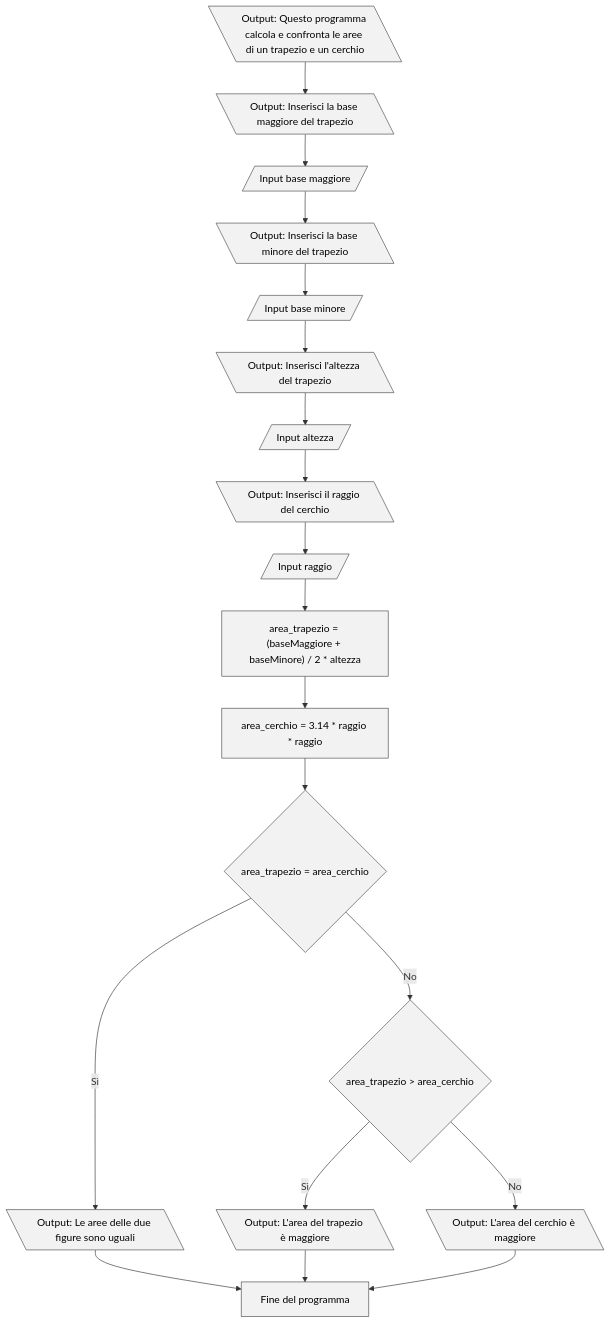
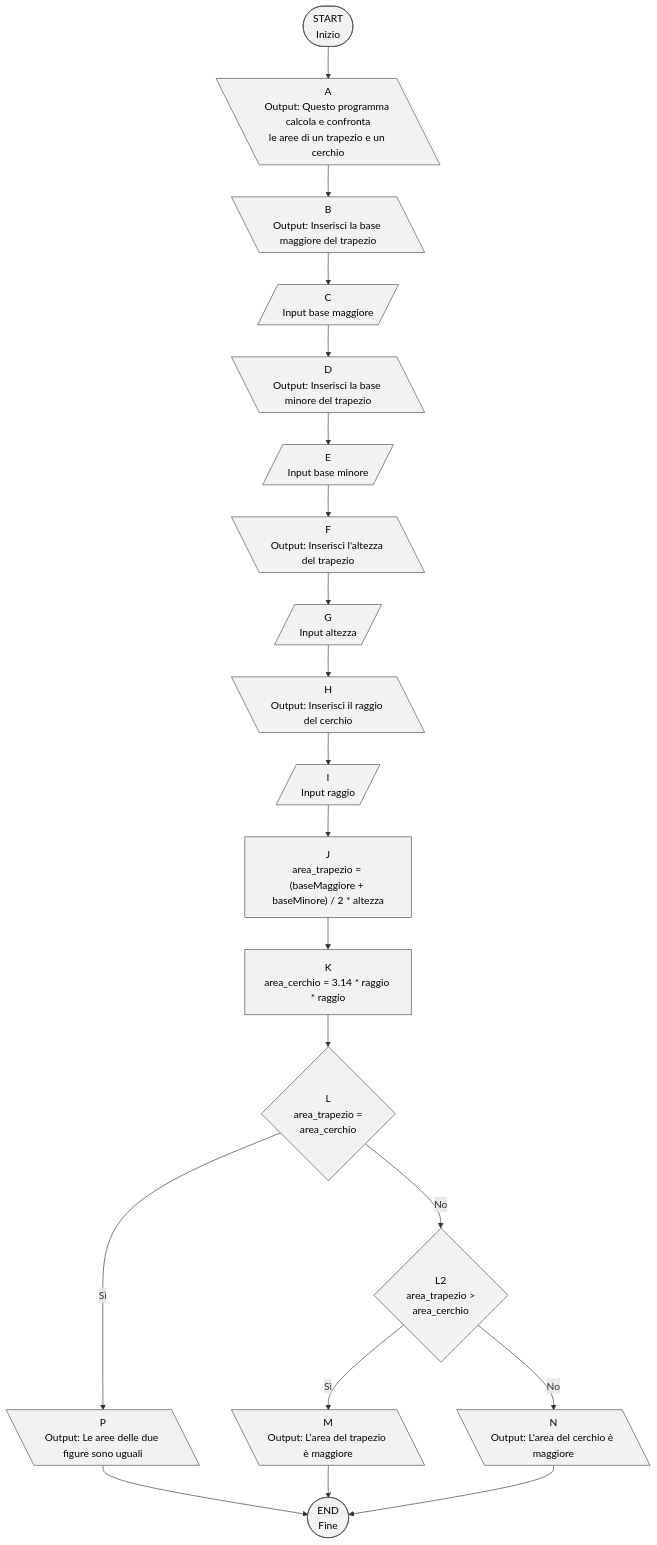
The ninth of 10 diagrams in docs/algocoding/01_flowgorithm.md (Federob/infohandouts), drawn with Mermaid before and after one commit. The commit also changed other lines of this file and 1 other file, not shown here.

````diff
--- a/docs/algocoding/01_flowgorithm.md
+++ b/docs/algocoding/01_flowgorithm.md
@@ -383,34 +409,39 @@
 ```mermaid
 flowchart TD
 
     classDef startend fill:#F2F2F2,stroke:#4A4A4A,stroke-width:1,color:#000
     classDef input fill:#F2F2F2,stroke:#4A4A4A,stroke-width:1,color:#000
     classDef output fill:#F2F2F2,stroke:#4A4A4A,stroke-width:1,color:#000
     classDef assign fill:#F2F2F2,stroke:#4A4A4A,stroke-width:1,color:#000
     classDef decision fill:#F2F2F2,stroke:#4A4A4A,stroke-width:1,color:#000
 
-    A[\"Output: Questo programma calcola e confronta le aree di un trapezio e un cerchio"\]:::output --> 
-    B[\"Output: Inserisci la base maggiore del trapezio"\]:::output --> C[/Input base maggiore/]:::input
+    START(["START<br/>Inizio"]):::startend -->
+    A[\"A<br/>Output: Questo programma calcola e confronta<br/>le aree di un trapezio e un cerchio"\]:::output -->
+    B[\"B<br/>Output: Inserisci la base maggiore del trapezio"\]:::output -->
+    C[/"C<br/>Input base maggiore"/]:::input
 
-    C --> D[\"Output: Inserisci la base minore del trapezio"\]:::output --> E[/Input base minore/]:::input
+    C --> D[\"D<br/>Output: Inserisci la base minore del trapezio"\]:::output -->
+    E[/"E<br/>Input base minore"/]:::input
 
-    E --> F[\"Output: Inserisci l'altezza del trapezio"\]:::output --> G[/Input altezza/]:::input
+    E --> F[\"F<br/>Output: Inserisci l'altezza del trapezio"\]:::output -->
+    G[/"G<br/>Input altezza"/]:::input
 
-    G --> H[\"Output: Inserisci il raggio del cerchio"\]:::output --> I[/Input raggio/]:::input
+    G --> H[\"H<br/>Output: Inserisci il raggio del cerchio"\]:::output -->
+    I[/"I<br/>Input raggio"/]:::input
 
-    I --> J["area_trapezio = (baseMaggiore + baseMinore) / 2 * altezza"]:::assign
-    J --> K["area_cerchio = 3.14 * raggio * raggio"]:::assign
+    I --> J["J<br/>area_trapezio = <br/>(baseMaggiore + baseMinore) / 2 * altezza"]:::assign
+    J --> K["K<br/>area_cerchio = 3.14 * raggio * raggio"]:::assign
 
-    K --> L{"area_trapezio = area_cerchio"}:::decision
+    K --> L{"L<br/>area_trapezio =<br/>area_cerchio"}:::decision
 
-    L -->|Sì| P[\"Output: Le aree delle due figure sono uguali"\]:::output
+    L -->|Sì| P[\"P<br/>Output: Le aree delle due figure sono uguali"\]:::output
 
-    L -->|No| L2{"area_trapezio > area_cerchio"}:::decision
+    L -->|No| L2{"L2<br/>area_trapezio ><br/>area_cerchio"}:::decision
 
-    L2 -->|Sì| M[\"Output: L'area del trapezio è maggiore"\]:::output
-    L2 -->|No| N[\"Output: L'area del cerchio è maggiore"\]:::output
+    L2 -->|Sì| M[\"M<br/>Output: L'area del trapezio è maggiore"\]:::output
+    L2 -->|No| N[\"N<br/>Output: L'area del cerchio è maggiore"\]:::output
 
-    P --> O["Fine del programma"]:::startend
-    M --> O["Fine del programma"]:::startend
-    N --> O["Fine del programma"]:::startend
+    P --> END(["END<br/>Fine"]):::startend
+    M --> END
+    N --> END
 ```
````
